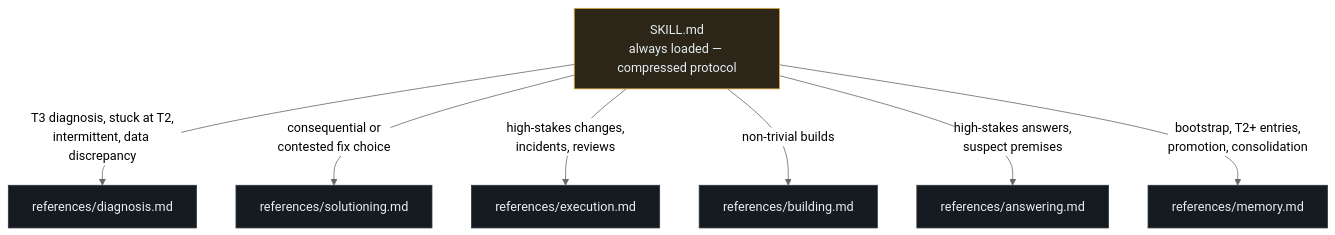
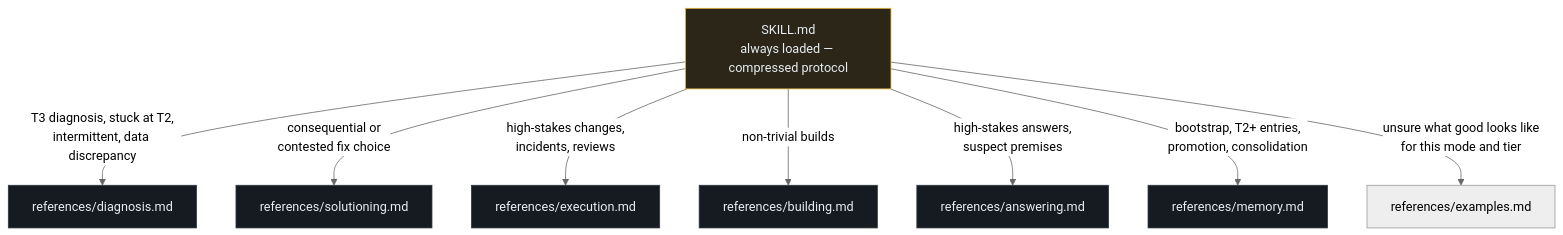
One commit to victor-alpha-95/fable-method changed the first of 3 diagrams in docs/architecture.md. Above: the diagram before and after it, drawn with Mermaid (neutral theme).

Commit message:
Sync architecture doc: add examples.md to progressive-disclosure map

````diff
--- a/docs/architecture.md
+++ b/docs/architecture.md
@@ -9,17 +9,18 @@
 ```mermaid
 flowchart TD
     S["SKILL.md<br/>always loaded — compressed protocol"]
     S -->|"T3 diagnosis, stuck at T2,<br/>intermittent, data discrepancy"| D["references/diagnosis.md"]
     S -->|"consequential or<br/>contested fix choice"| SO["references/solutioning.md"]
     S -->|"high-stakes changes,<br/>incidents, reviews"| E["references/execution.md"]
     S -->|"non-trivial builds"| B["references/building.md"]
     S -->|"high-stakes answers,<br/>suspect premises"| A["references/answering.md"]
     S -->|"bootstrap, T2+ entries,<br/>promotion, consolidation"| M["references/memory.md"]
+    S -->|"unsure what good looks like<br/>for this mode and tier"| X["references/examples.md"]
     style S fill:#2b2617,stroke:#e3b341,color:#e6edf3
     style D fill:#161b22,stroke:#30363d,color:#e6edf3
     style SO fill:#161b22,stroke:#30363d,color:#e6edf3
     style E fill:#161b22,stroke:#30363d,color:#e6edf3
     style B fill:#161b22,stroke:#30363d,color:#e6edf3
     style A fill:#161b22,stroke:#30363d,color:#e6edf3
     style M fill:#161b22,stroke:#30363d,color:#e6edf3
 ```
````
